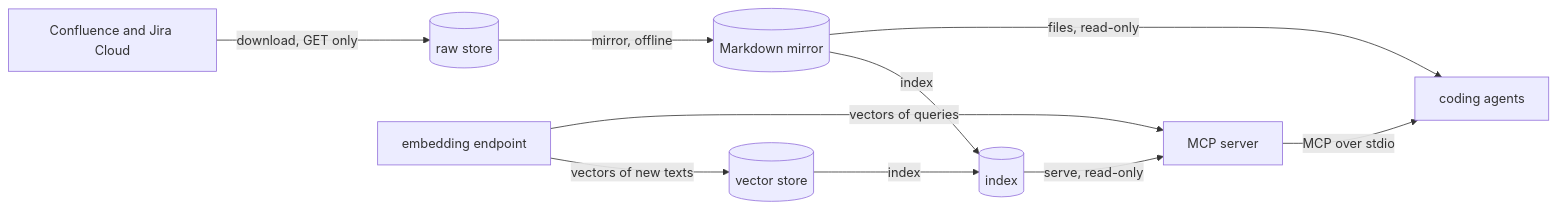
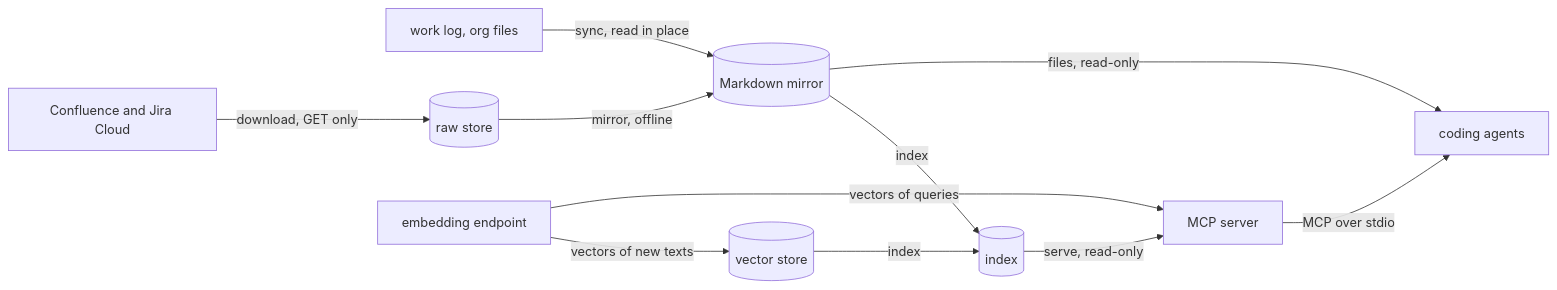
Before and after one commit to piotr-yuxuan/kb-mcp: the diagram in docs/explanation/internals.md, drawn with Mermaid. The commit also changed other lines of this file, not shown here.

First line of the commit message:
Explain sync and the work log in the internals

````diff
--- a/docs/explanation/internals.md
+++ b/docs/explanation/internals.md
@@ -11,20 +16,22 @@
 ```mermaid
 flowchart LR
     site["Confluence and Jira Cloud"]
+    worklog["work log, org files"]
     raw[("raw store")]
     docs[("Markdown mirror")]
     vectors[("vector store")]
     index[("index")]
     endpoint["embedding endpoint"]
     server["MCP server"]
     agents["coding agents"]
     site -- "download, GET only" --> raw
     raw -- "mirror, offline" --> docs
+    worklog -- "sync, read in place" --> docs
     docs -- "index" --> index
     endpoint -- "vectors of new texts" --> vectors
     vectors -- "index" --> index
     index -- "serve, read-only" --> server
     endpoint -- "vectors of queries" --> server
     server -- "MCP over stdio" --> agents
     docs -- "files, read-only" --> agents
 ```
````
